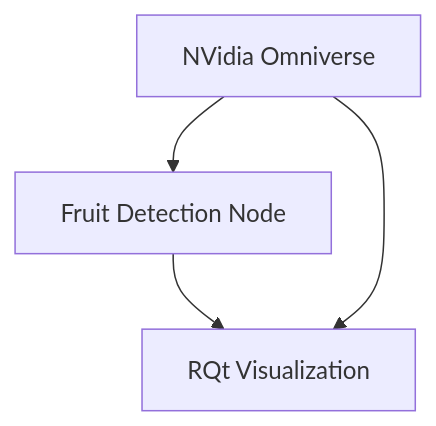
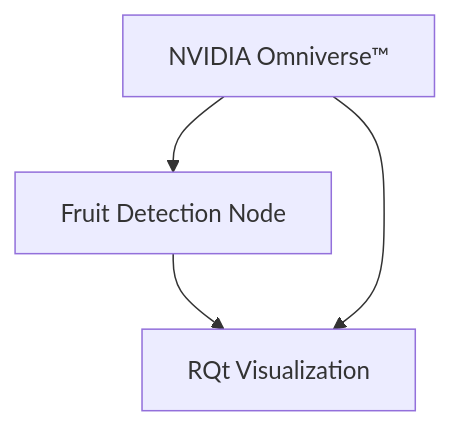
The third of 3 diagrams in README.md (ekumenlabs/fruit_detection), drawn with Mermaid before and after one commit. The commit also changed other lines of this file, not shown here.

Commit message:
Fixes the NVIDIA brand name. (#69)

````diff
--- a/README.md
+++ b/README.md
@@ -72,6 +72,6 @@
 ```mermaid
 graph TD
-    A[NVidia Omniverse] --> B[Fruit Detection Node]
+    A[NVIDIA Omniverse™] --> B[Fruit Detection Node]
     B[Fruit Detection Node] --> C[RQt Visualization]
-    A[NVidia Omniverse] --> C[RQt Visualization]
+    A[NVIDIA Omniverse™] --> C[RQt Visualization]
 ```
````
